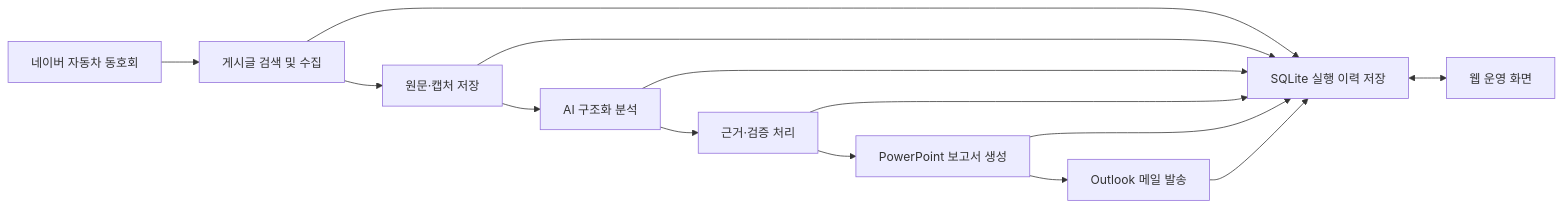
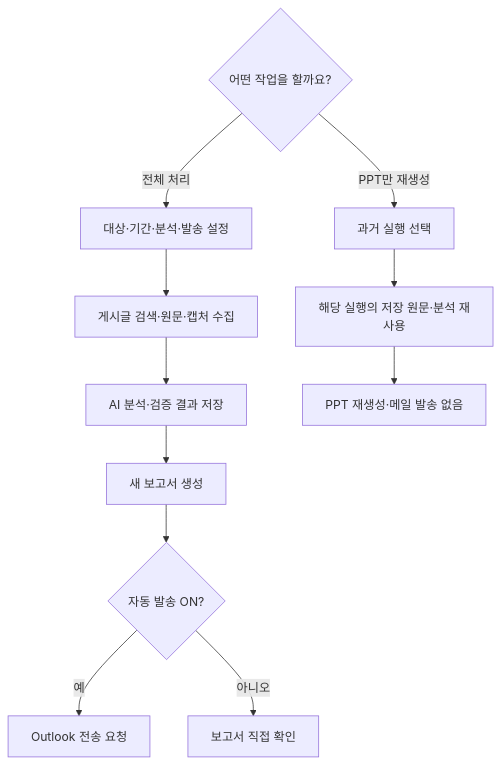
The first of 2 diagrams in 20261001_cafe_monitoring_v1.0/README.md (zidudu/26_-AI-), drawn with Mermaid before and after one commit. The commit also changed other lines of this file and 3 other files, not shown here.

````diff
--- a/20261001_cafe_monitoring_v1.0/README.md
+++ b/20261001_cafe_monitoring_v1.0/README.md
@@ -147,28 +37,14 @@
 ```mermaid
-flowchart LR
-    A["네이버 자동차 동호회"]
-    B["게시글 검색 및 수집"]
-    C["원문·캡처 저장"]
-    D["AI 구조화 분석"]
-    E["근거·검증 처리"]
-    F["PowerPoint 보고서 생성"]
-    G["Outlook 메일 발송"]
-    H["SQLite 실행 이력 저장"]
-    I["웹 운영 화면"]
-
-    A --> B
-    B --> C
-    C --> D
-    D --> E
-    E --> F
-    F --> G
-
-    B --> H
-    C --> H
-    D --> H
-    E --> H
-    F --> H
-    G --> H
-
-    H <--> I
+flowchart TD
+    MODE{"어떤 작업을 할까요?"}
+    MODE -->|"전체 처리"| CONFIG["대상·기간·분석·발송 설정"]
+    MODE -->|"PPT만 재생성"| HISTORY["과거 실행 선택"]
+    CONFIG --> COLLECT["게시글 검색·원문·캡처 수집"]
+    COLLECT --> ANALYZE["AI 분석·검증 결과 저장"]
+    ANALYZE --> REPORT["새 보고서 생성"]
+    REPORT --> MAIL{"자동 발송 ON?"}
+    MAIL -->|"예"| SEND["Outlook 전송 요청"]
+    MAIL -->|"아니오"| OPEN["보고서 직접 확인"]
+    HISTORY --> REUSE["해당 실행의 저장 원문·분석 재사용"]
+    REUSE --> REBUILD["PPT 재생성·메일 발송 없음"]
 ```
````
